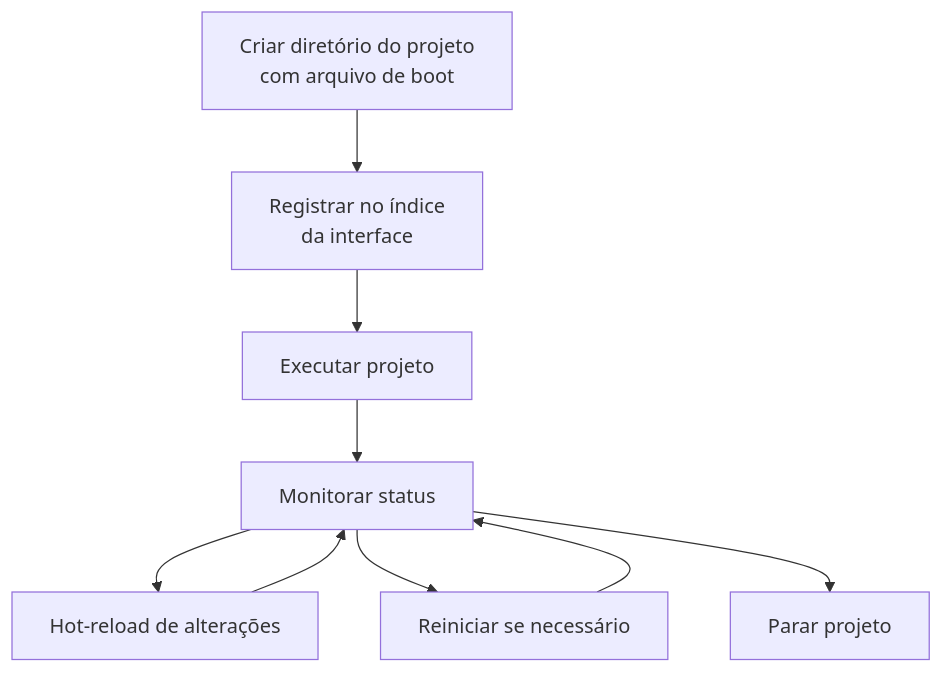
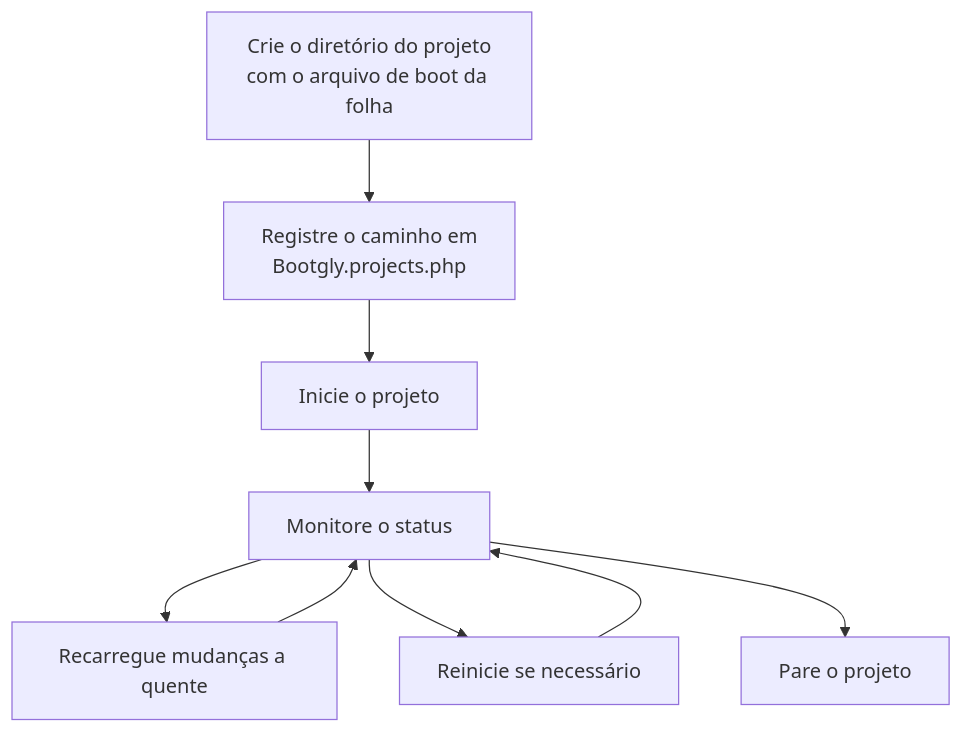
Before and after one commit to bootgly/bootgly_docs: the second of 2 diagrams in src/pages/manual/Bootgly/essential/projects.overview.pt-BR.md, drawn with Mermaid. The commit also changed other lines of this file and 21 other files, not shown here.

First line of the commit message:
docs(projects): nested subprojects + Bootgly.projects.php registry

````diff
--- a/src/pages/manual/Bootgly/essential/projects.overview.pt-BR.md
+++ b/src/pages/manual/Bootgly/essential/projects.overview.pt-BR.md
@@ -226,11 +219,11 @@
 ```mermaid
 graph TB
-  Create["Criar diretório do projeto\ncom arquivo de boot"] --> Register["Registrar no índice\nda interface"]
-  Register --> Start["Executar projeto"]
-  Start --> Show["Monitorar status"]
-  Show --> Reload["Hot-reload de alterações"]
+  Create["Crie o diretório do projeto\ncom o arquivo de boot da folha"] --> Register["Registre o caminho em\nBootgly.projects.php"]
+  Register --> Start["Inicie o projeto"]
+  Start --> Show["Monitore o status"]
+  Show --> Reload["Recarregue mudanças a quente"]
   Reload --> Show
-  Show --> Restart["Reiniciar se necessário"]
+  Show --> Restart["Reinicie se necessário"]
   Restart --> Show
-  Show --> Stop["Parar projeto"]
+  Show --> Stop["Pare o projeto"]
 ```
````
